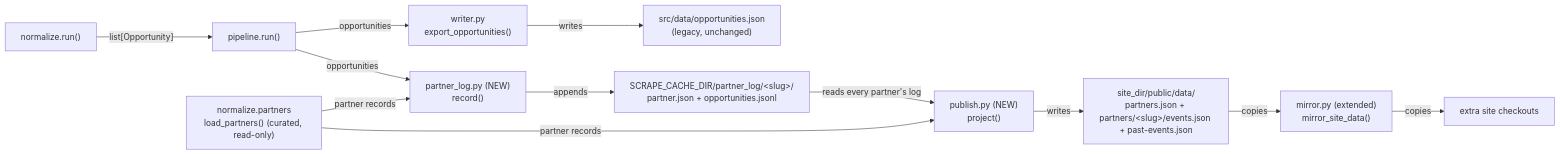
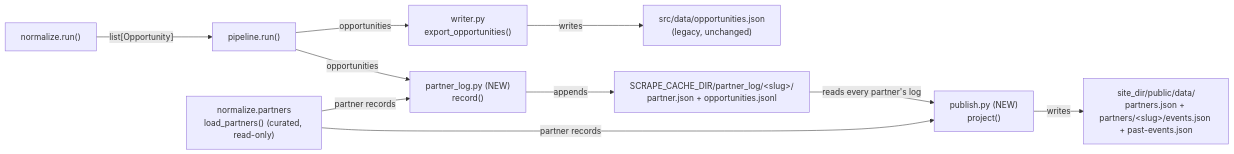
The diagram in partner_scrape/export/DESIGN.md (league-infrastructure/partner-scrape), drawn with Mermaid before and after one commit. The commit also changed other lines of this file and 10 other files, not shown here.

First line of the commit message:
019-001: remove the MIRROR_SITE_DIRS mirroring mechanism

````diff
--- a/partner_scrape/export/DESIGN.md
+++ b/partner_scrape/export/DESIGN.md
@@ -83,14 +71,12 @@
 ```mermaid
 flowchart LR
     NR["normalize.run()"] -->|"list[Opportunity]"| PIPE["pipeline.run()"]
     PIPE -->|"opportunities"| WRITER["writer.py<br/>export_opportunities()"]
     PIPE -->|"opportunities"| PLOG["partner_log.py (NEW)<br/>record()"]
     WRITER -->|"writes"| FLAT["src/data/opportunities.json<br/>(legacy, unchanged)"]
     PLOG -->|"appends"| STORE["SCRAPE_CACHE_DIR/partner_log/&lt;slug&gt;/<br/>partner.json + opportunities.jsonl"]
     PARTJ["normalize.partners<br/>load_partners() (curated, read-only)"] -->|"partner records"| PLOG
     PARTJ -->|"partner records"| PUB
     STORE -->|"reads every partner's log"| PUB["publish.py (NEW)<br/>project()"]
     PUB -->|"writes"| PUBLIC["site_dir/public/data/<br/>partners.json + partners/&lt;slug&gt;/events.json + past-events.json"]
-    PUBLIC -->|"copies"| MIRROR["mirror.py (extended)<br/>mirror_site_data()"]
-    MIRROR -->|"copies"| TARGET["extra site checkouts"]
 ```
````
